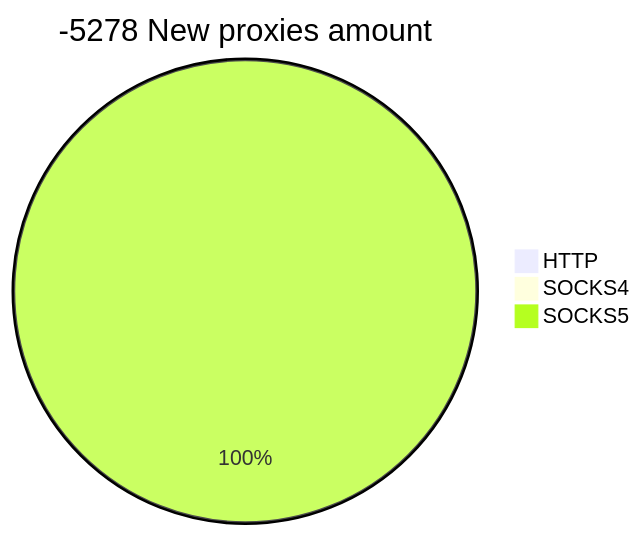
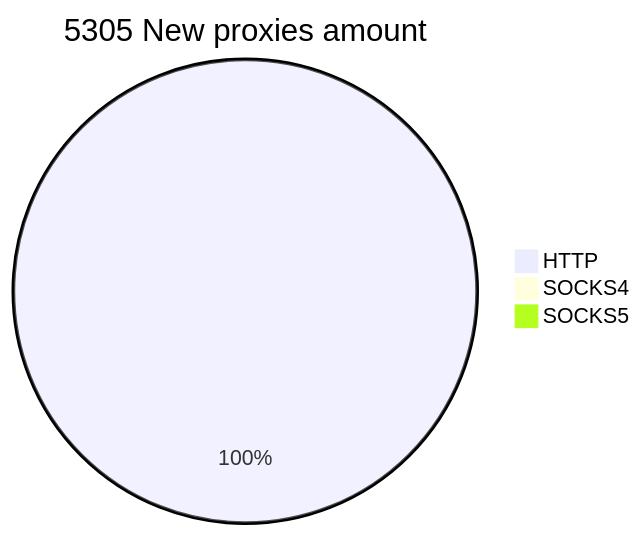
The second of 2 diagrams in README.md (cutipu/proxylist), drawn with Mermaid before and after one commit. The commit also changed other lines of this file, not shown here.

````diff
--- a/README.md
+++ b/README.md
@@ -10,6 +10,6 @@
 ```mermaid
-pie title -5278 New proxies amount
-    "HTTP" : 0
+pie title 5305 New proxies amount
+    "HTTP" : 5306
     "SOCKS4" : 0
-    "SOCKS5" : 3
+    "SOCKS5" : 0
 ```
````
